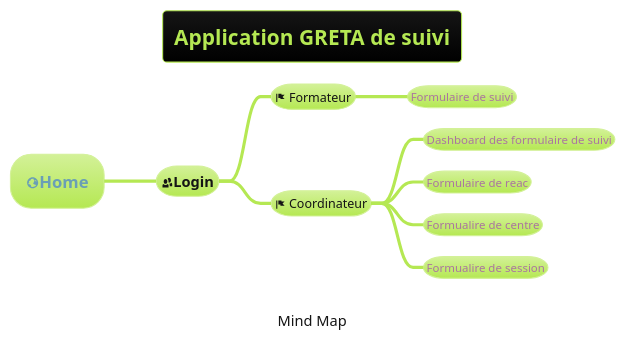
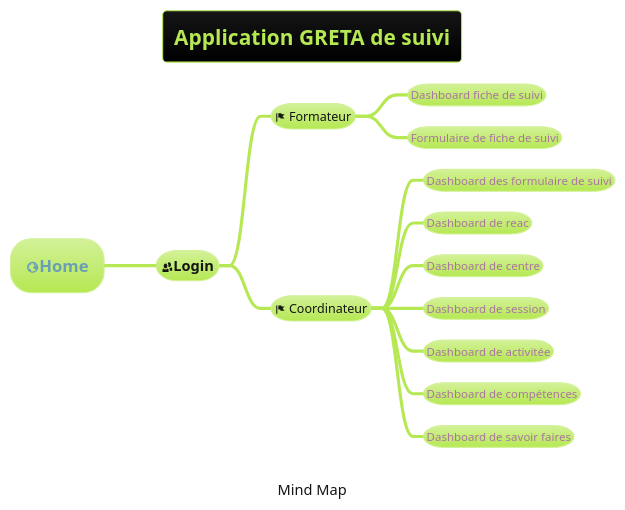
One commit to GreenHawk-99/AppGreta changed the diagram in doc/puml/MindMap.puml. Above: the diagram before and after it, drawn with PlantUML. The commit also changed 6 other files, not shown here.

```diff
--- a/doc/puml/MindMap.puml
+++ b/doc/puml/MindMap.puml
@@ -1,16 +1,20 @@
 @startmindmap
 !theme hacker
 
 caption Mind Map
 title Application GRETA de suivi
 * <&globe>Home
 ** <&people>Login
 *** <&flag> Formateur
-**** Formulaire de suivi
+**** Dashboard fiche de suivi
+**** Formulaire de fiche de suivi
 *** <&flag> Coordinateur
 **** Dashboard des formulaire de suivi
-**** Formulaire de reac
-**** Formualire de centre
-**** Formualire de session
+**** Dashboard de reac
+**** Dashboard de centre
+**** Dashboard de session
+**** Dashboard de activitée
+**** Dashboard de compétences
+**** Dashboard de savoir faires
 
 @endmindmap
```
